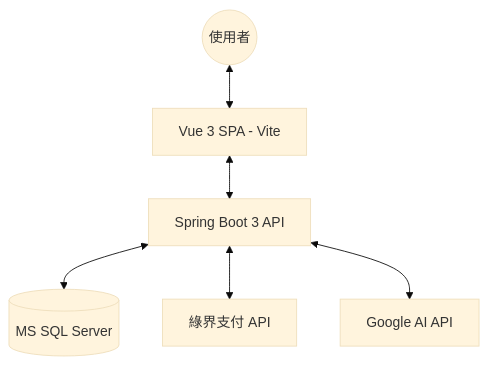
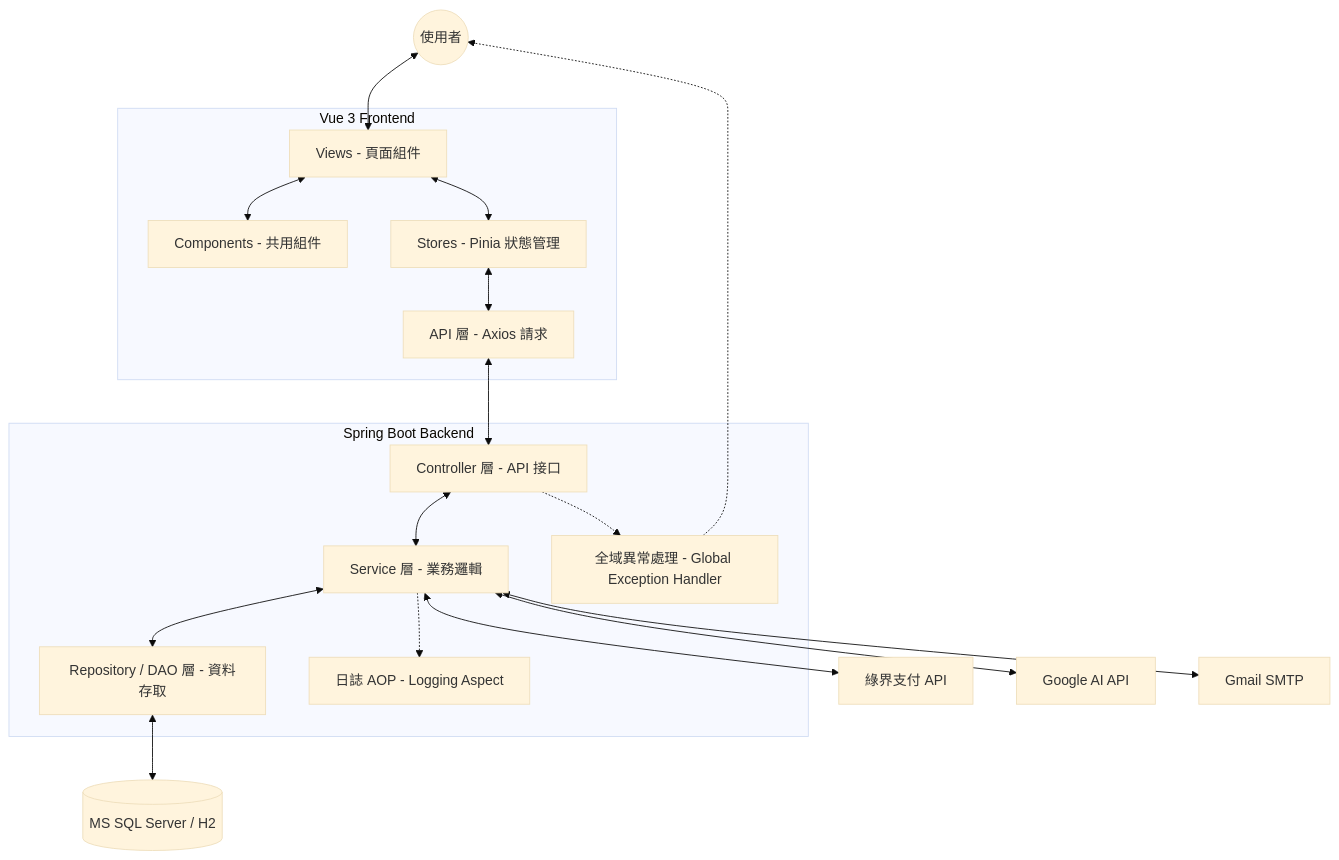
Before and after one commit to alex122694/BookStore: the diagram in README.md, drawn with Mermaid (base theme). The commit also changed other lines of this file, not shown here.

````diff
--- a/README.md
+++ b/README.md
@@ -35,15 +37,44 @@
 ```mermaid
 graph TD
     User((使用者))
-    Frontend[Vue 3 SPA - Vite]
-    Backend[Spring Boot 3 API]
-    DB[(MS SQL Server)]
+    
+    subgraph Frontend [Vue 3 Frontend]
+        Views[Views - 頁面組件]
+        Comp[Components - 共用組件]
+        Store[Stores - Pinia 狀態管理]
+        Axios[API 層 - Axios 請求]
+    end
+
+    subgraph Backend [Spring Boot Backend]
+        Controller[Controller 層 - API 接口]
+        Service[Service 層 - 業務邏輯]
+        Repo[Repository / DAO 層 - 資料存取]
+        
+        Exception[全域異常處理 - Global Exception Handler]
+        AOP[日誌 AOP - Logging Aspect]
+    end
+
+    DB[(MS SQL Server / H2)]
     ECPay[綠界支付 API]
     GoogleAI[Google AI API]
+    Gmail[Gmail SMTP]
 
-    User <--> Frontend
-    Frontend <--> Backend
-    Backend <--> DB
-    Backend <--> ECPay
-    Backend <--> GoogleAI
+    User <--> Views
+    Views <--> Comp
+    Views <--> Store
+    Store <--> Axios
+    Axios <--> Controller
+    
+    Controller <--> Service
+    Service <--> Repo
+    Repo <--> DB
+    
+    %% 橫切關注點 (Cross-cutting Concerns)
+    Service -.-> AOP
+    Controller -.-> Exception
+    Exception -.-> User
+    
+    Service <--> ECPay
+    Service <--> GoogleAI
+    Service <--> Gmail
 ```
````
